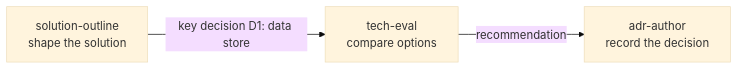
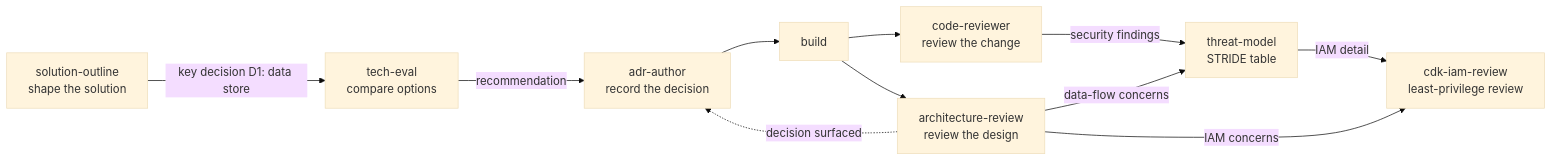
One commit to leanstacks/lstk changed the diagram in docs/examples/README.md. Above: the diagram before and after it, drawn with Mermaid (base theme). The commit also changed other lines of this file and 39 other files, not shown here.

````diff
--- a/docs/examples/README.md
+++ b/docs/examples/README.md
@@ -6,5 +6,13 @@
 ```mermaid
 flowchart LR
     A["solution-outline<br/>shape the solution"] -- "key decision D1: data store" --> B["tech-eval<br/>compare options"]
     B -- "recommendation" --> C["adr-author<br/>record the decision"]
+    C --> D["build"]
+    D --> E["code-reviewer<br/>review the change"]
+    D --> F["architecture-review<br/>review the design"]
+    F -- "data-flow concerns" --> G["threat-model<br/>STRIDE table"]
+    E -- "security findings" --> G
+    F -- "IAM concerns" --> H["cdk-iam-review<br/>least-privilege review"]
+    G -- "IAM detail" --> H
+    F -. "decision surfaced" .-> C
 ```
````
